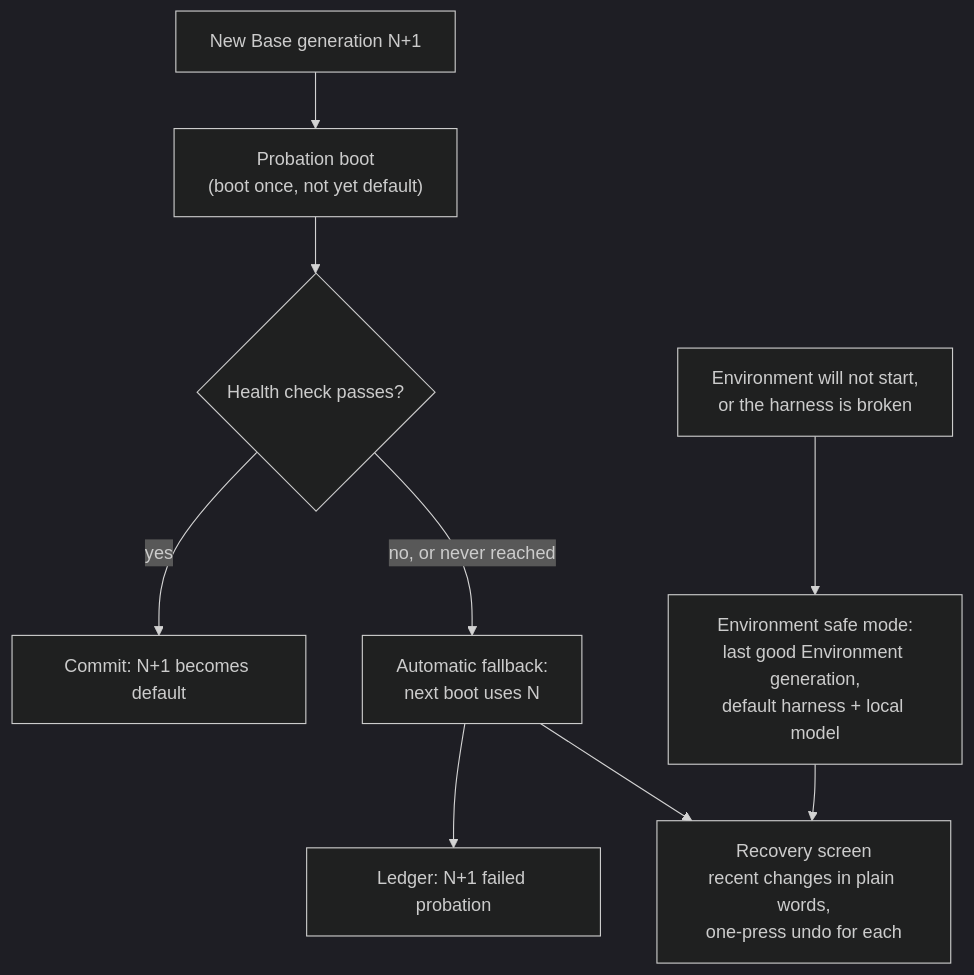
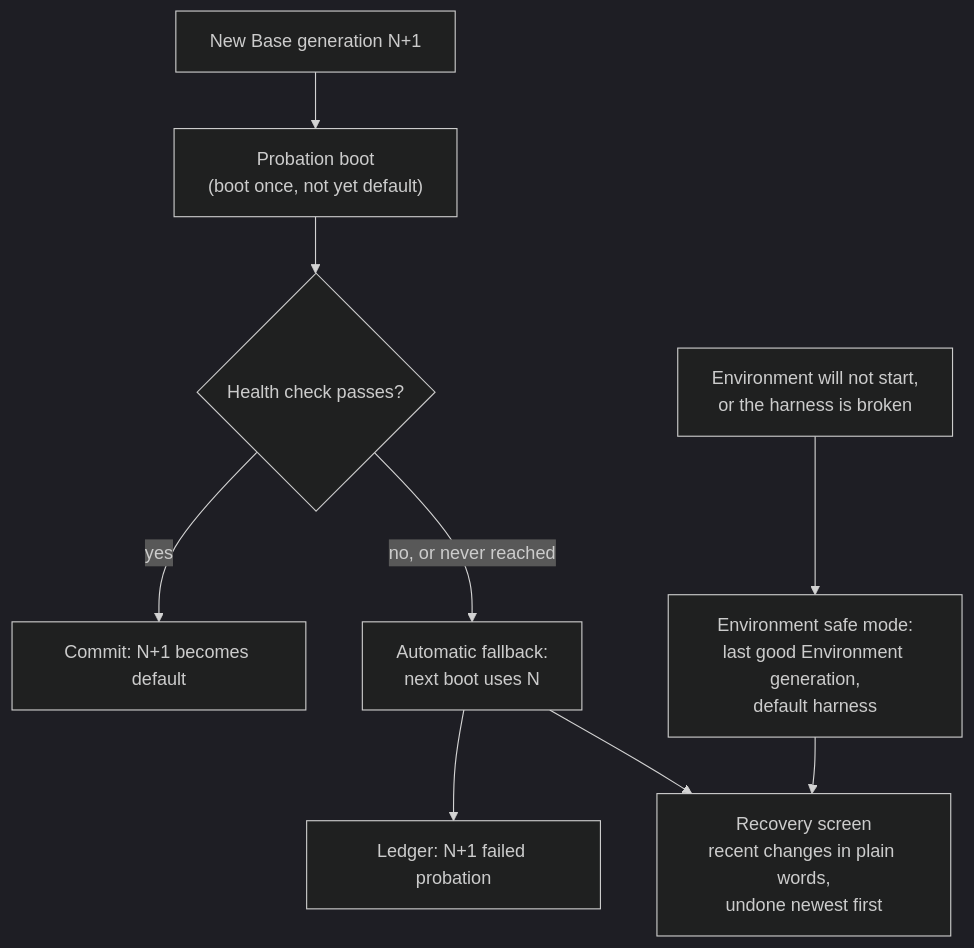
One commit to crowbaros/crowbaros changed the sixth of 6 diagrams in docs/agent-first/design/state-and-apply-engine.md. Above: the diagram before and after it, drawn with Mermaid (dark theme). The commit also changed other lines of this file and 25 other files, not shown here.

````diff
--- a/docs/agent-first/design/state-and-apply-engine.md
+++ b/docs/agent-first/design/state-and-apply-engine.md
@@ -329,12 +658,12 @@
 ```mermaid
 flowchart TD
     A[New Base generation N+1] --> P["Probation boot<br/>(boot once, not yet default)"]
     P --> H{Health check passes?}
     H -- yes --> C[Commit: N+1 becomes default]
     H -- "no, or never reached" --> F["Automatic fallback:<br/>next boot uses N"]
     F --> L1[Ledger: N+1 failed probation]
-    E[Environment will not start,<br/>or the harness is broken] --> S["Environment safe mode:<br/>last good Environment generation,<br/>default harness + local model"]
-    R["Recovery screen<br/>recent changes in plain words,<br/>one-press undo for each"]
+    E[Environment will not start,<br/>or the harness is broken] --> S["Environment safe mode:<br/>last good Environment generation,<br/>default harness"]
+    R["Recovery screen<br/>recent changes in plain words,<br/>undone newest first"]
     F --> R
     S --> R
 ```
````
